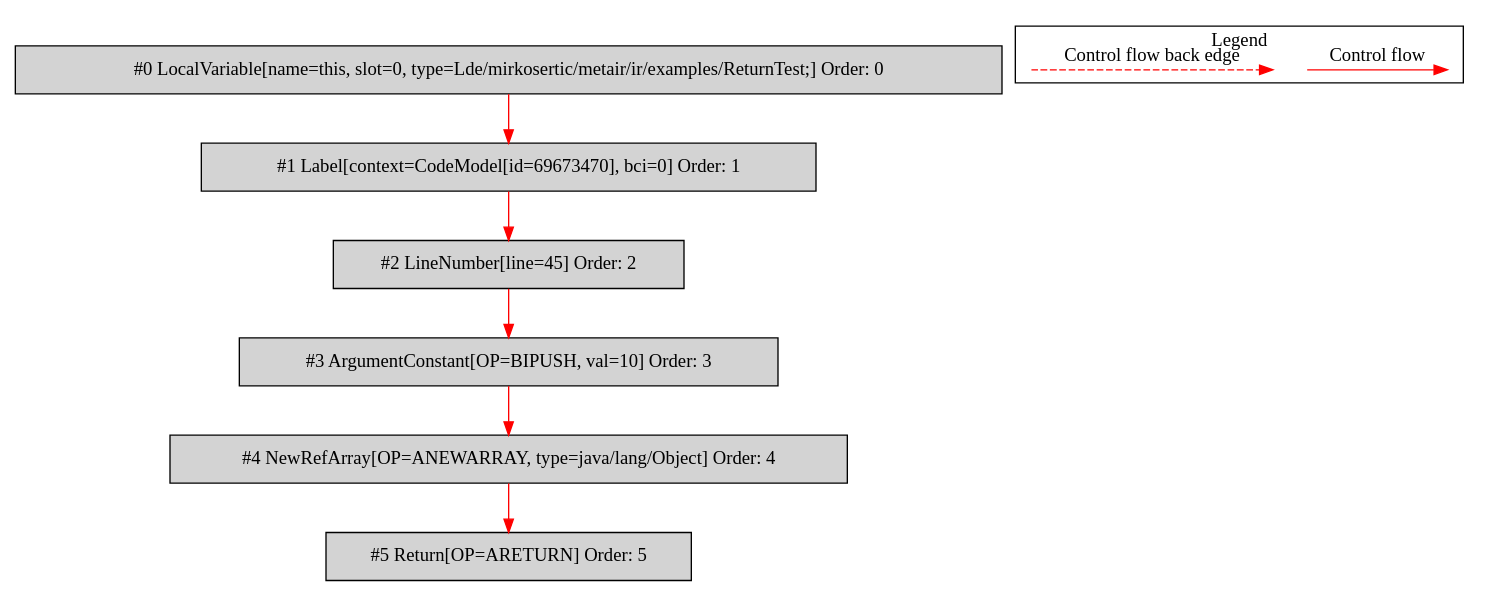
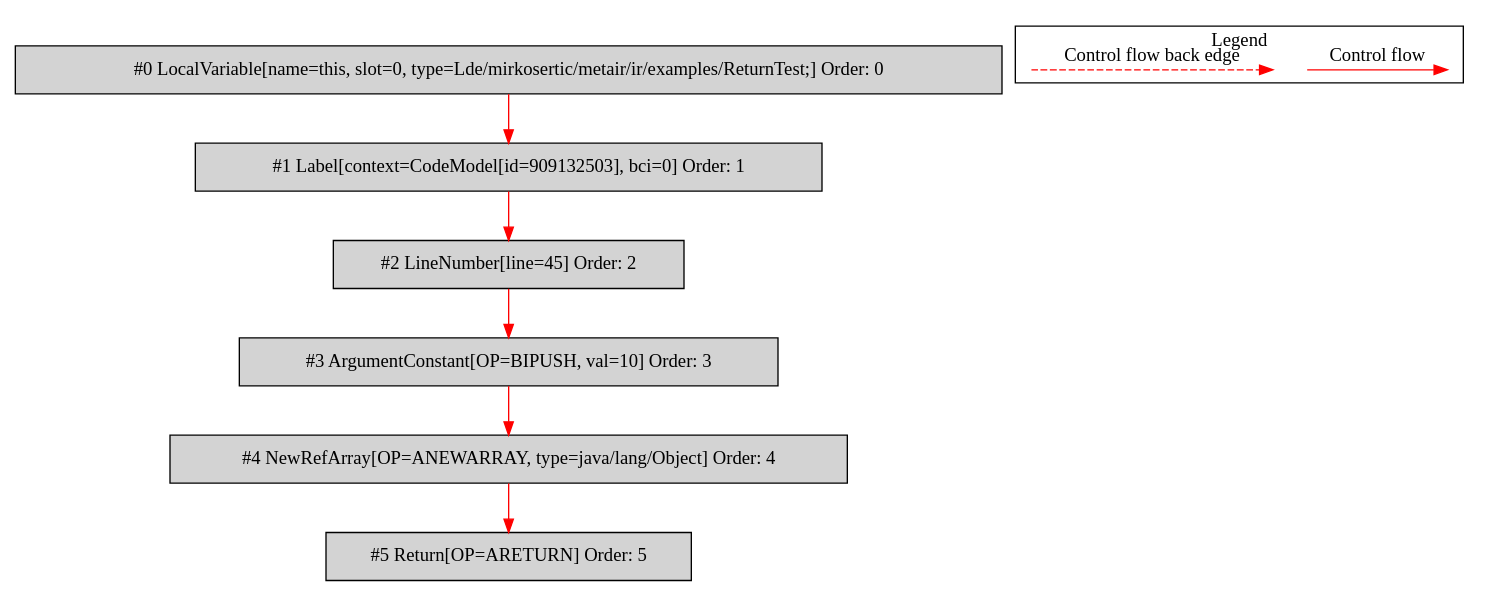
The diagram in de.mirkosertic.metair.ir.examples.ReturnTest/returnArray/bytecodecfg.dot (mirkosertic/MetaIR), drawn with Graphviz before and after one commit. The commit also changed 476 other files, not shown here.

```diff
--- a/de.mirkosertic.metair.ir.examples.ReturnTest/returnArray/bytecodecfg.dot
+++ b/de.mirkosertic.metair.ir.examples.ReturnTest/returnArray/bytecodecfg.dot
@@ -1,28 +1,28 @@
 digraph {
  ordering="in";
  node0[label="#0 LocalVariable[name=this, slot=0, type=Lde/mirkosertic/metair/ir/examples/ReturnTest;] Order: 0", shape=box, fillcolor=lightgrey, style=filled];
- node1[label="#1 Label[context=CodeModel[id=69673470], bci=0] Order: 1", shape=box, fillcolor=lightgrey, style=filled];
+ node1[label="#1 Label[context=CodeModel[id=909132503], bci=0] Order: 1", shape=box, fillcolor=lightgrey, style=filled];
  node2[label="#2 LineNumber[line=45] Order: 2", shape=box, fillcolor=lightgrey, style=filled];
  node3[label="#3 ArgumentConstant[OP=BIPUSH, val=10] Order: 3", shape=box, fillcolor=lightgrey, style=filled];
  node4[label="#4 NewRefArray[OP=ANEWARRAY, type=java/lang/Object] Order: 4", shape=box, fillcolor=lightgrey, style=filled];
  node5[label="#5 Return[OP=ARETURN] Order: 5", shape=box, fillcolor=lightgrey, style=filled];
  node0 -> node1[color=red];
  node1 -> node2[color=red];
  node2 -> node3[color=red];
  node3 -> node4[color=red];
  node4 -> node5[color=red];
  subgraph cluster_000 {
   label = "Legend";
   node [shape=point]
   {
    rank=same;
    c0 [style = invis];
    c1 [style = invis];
    c2 [style = invis];
    c3 [style = invis];
   }
   c0 -> c1 [label="Control flow", style=solid, color=red]
   c2 -> c3 [label="Control flow back edge", style=dashed, color=red]
  }
 
 }
```
